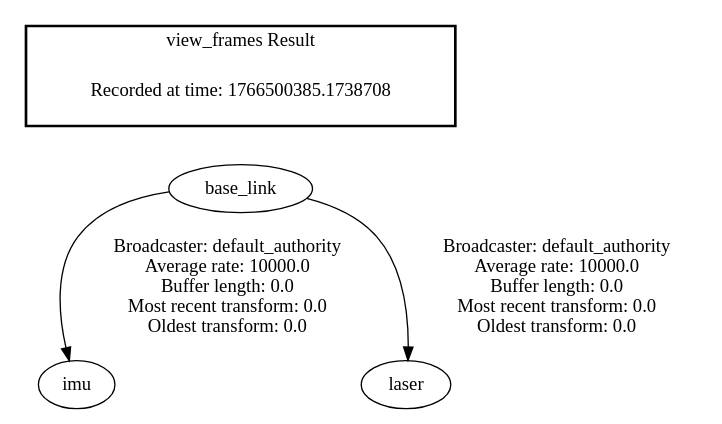
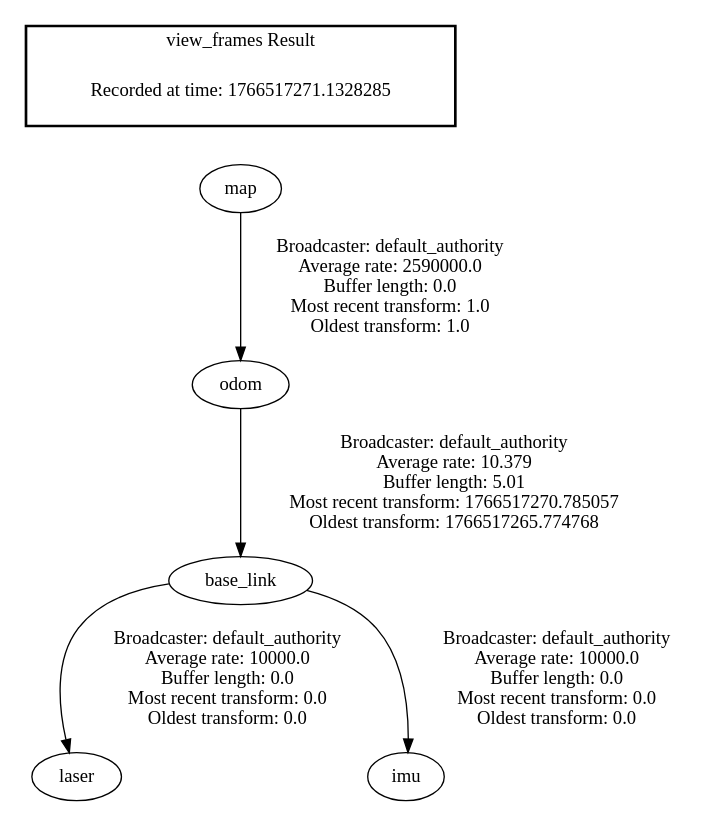
Before and after one commit to subratpp/f1tenth: the diagram in frames.gv, drawn with Graphviz. The commit also changed 16 other files, not shown here.

```diff
--- a/frames.gv
+++ b/frames.gv
@@ -1,8 +1,10 @@
 digraph G {
+"map" -> "odom"[label=" Broadcaster: default_authority\nAverage rate: 2590000.0\nBuffer length: 0.0\nMost recent transform: 1.0\nOldest transform: 1.0\n"];
+"base_link" -> "laser"[label=" Broadcaster: default_authority\nAverage rate: 10000.0\nBuffer length: 0.0\nMost recent transform: 0.0\nOldest transform: 0.0\n"];
+"odom" -> "base_link"[label=" Broadcaster: default_authority\nAverage rate: 10.379\nBuffer length: 5.01\nMost recent transform: 1766517270.785057\nOldest transform: 1766517265.774768\n"];
 "base_link" -> "imu"[label=" Broadcaster: default_authority\nAverage rate: 10000.0\nBuffer length: 0.0\nMost recent transform: 0.0\nOldest transform: 0.0\n"];
-"base_link" -> "laser"[label=" Broadcaster: default_authority\nAverage rate: 10000.0\nBuffer length: 0.0\nMost recent transform: 0.0\nOldest transform: 0.0\n"];
 edge [style=invis];
  subgraph cluster_legend { style=bold; color=black; label ="view_frames Result";
-"Recorded at time: 1766500385.1738708"[ shape=plaintext ] ;
-}->"base_link";
+"Recorded at time: 1766517271.1328285"[ shape=plaintext ] ;
+}->"map";
 }
```
